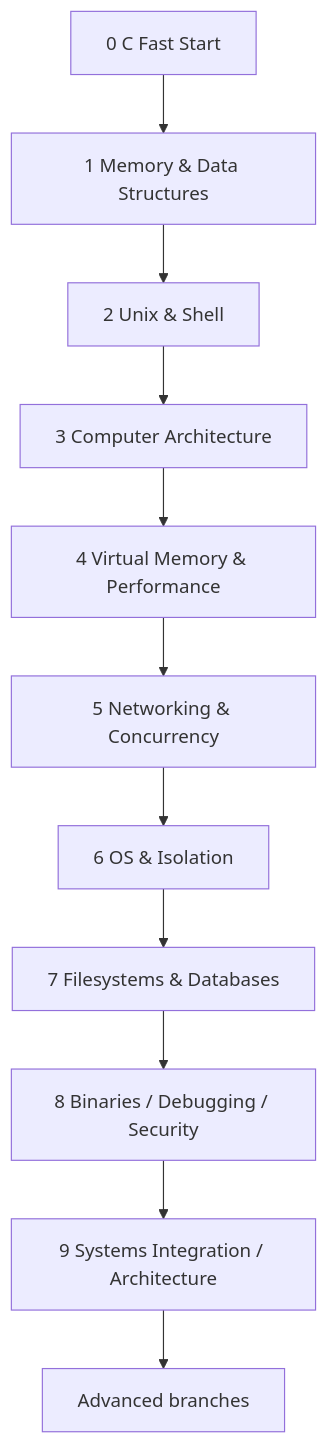
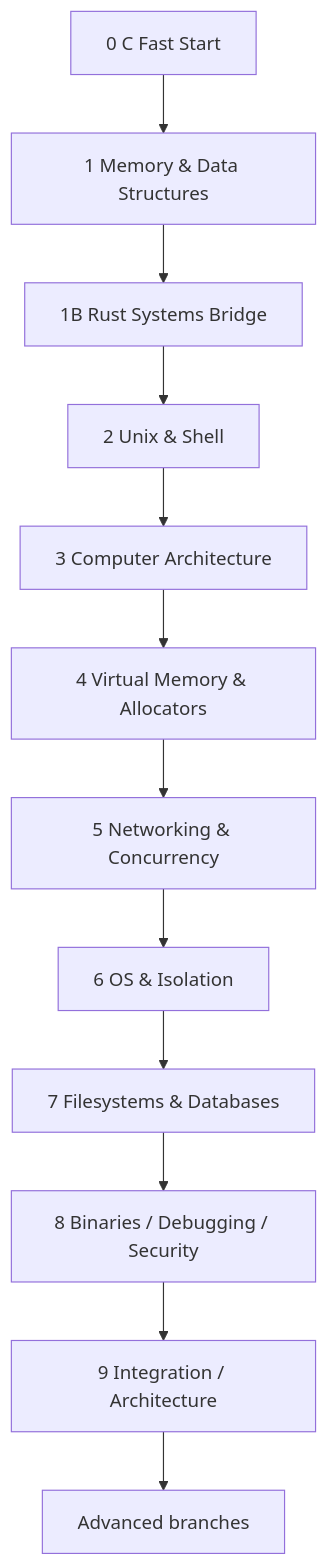
Before and after one commit to Ramzes8981/project-based-learning: the diagram in SYSTEMS_ENGINEERING_ROADMAP.md, drawn with Mermaid. The commit also changed other lines of this file and 8 other files, not shown here.

````diff
--- a/SYSTEMS_ENGINEERING_ROADMAP.md
+++ b/SYSTEMS_ENGINEERING_ROADMAP.md
@@ -51,13 +25,14 @@
 ```mermaid
 flowchart TD
     M0[0 C Fast Start] --> M1[1 Memory & Data Structures]
-    M1 --> M2[2 Unix & Shell]
+    M1 --> MR[1B Rust Systems Bridge]
+    MR --> M2[2 Unix & Shell]
     M2 --> M3[3 Computer Architecture]
-    M3 --> M4[4 Virtual Memory & Performance]
+    M3 --> M4[4 Virtual Memory & Allocators]
     M4 --> M5[5 Networking & Concurrency]
     M5 --> M6[6 OS & Isolation]
     M6 --> M7[7 Filesystems & Databases]
     M7 --> M8[8 Binaries / Debugging / Security]
-    M8 --> M9[9 Systems Integration / Architecture]
+    M8 --> M9[9 Integration / Architecture]
     M9 --> ADV[Advanced branches]
 ```
````
